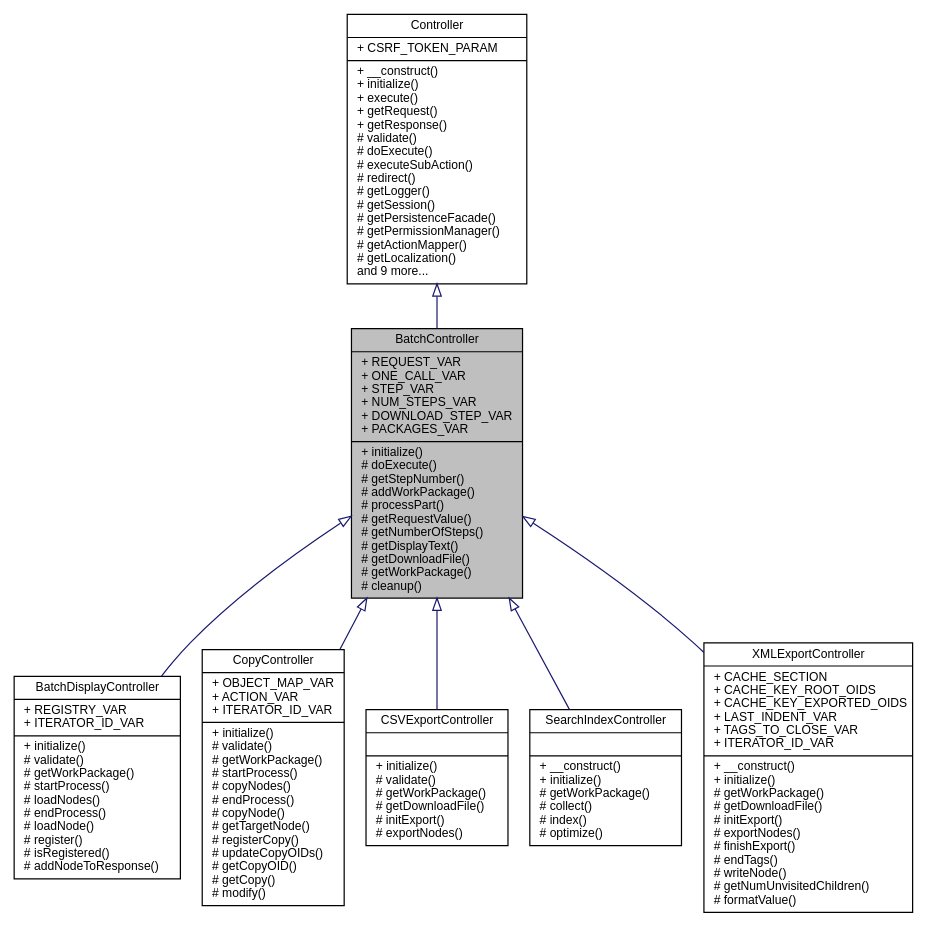
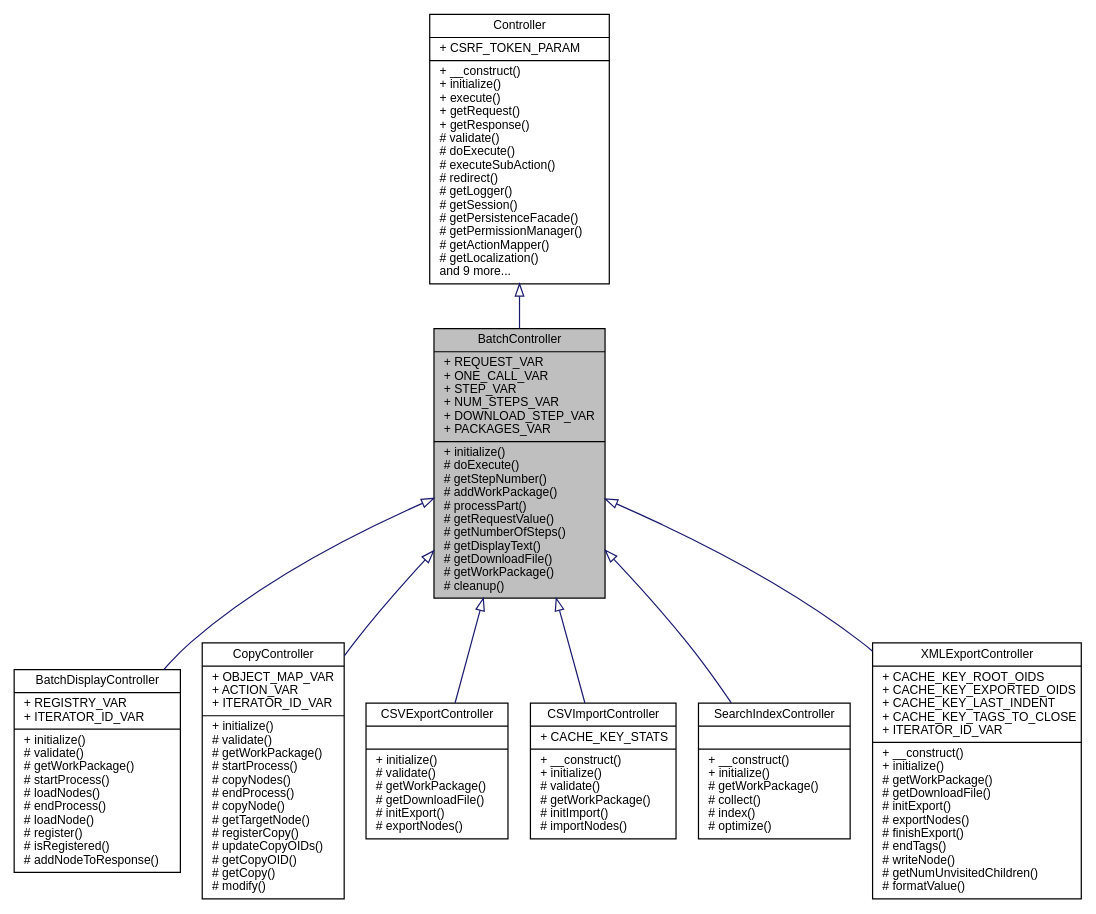
Before and after one commit to eherwig/wcmf: the diagram in classwcmf_1_1application_1_1controller_1_1_batch_controller__inherit__graph.dot, drawn with Graphviz. The commit also changed 1132 other files, not shown here.

```diff
--- a/classwcmf_1_1application_1_1controller_1_1_batch_controller__inherit__graph.dot
+++ b/classwcmf_1_1application_1_1controller_1_1_batch_controller__inherit__graph.dot
@@ -1,18 +1,20 @@
 digraph "BatchController"
 {
   edge [fontname="Helvetica",fontsize="10",labelfontname="Helvetica",labelfontsize="10"];
   node [fontname="Helvetica",fontsize="10",shape=record];
   Node0 [label="{BatchController\n|+ REQUEST_VAR\l+ ONE_CALL_VAR\l+ STEP_VAR\l+ NUM_STEPS_VAR\l+ DOWNLOAD_STEP_VAR\l+ PACKAGES_VAR\l|+ initialize()\l# doExecute()\l# getStepNumber()\l# addWorkPackage()\l# processPart()\l# getRequestValue()\l# getNumberOfSteps()\l# getDisplayText()\l# getDownloadFile()\l# getWorkPackage()\l# cleanup()\l}",height=0.2,width=0.4,color="black", fillcolor="grey75", style="filled", fontcolor="black"];
   Node1 -> Node0 [dir="back",color="midnightblue",fontsize="10",style="solid",arrowtail="onormal",fontname="Helvetica"];
   Node1 [label="{Controller\n|+ CSRF_TOKEN_PARAM\l|+ __construct()\l+ initialize()\l+ execute()\l+ getRequest()\l+ getResponse()\l# validate()\l# doExecute()\l# executeSubAction()\l# redirect()\l# getLogger()\l# getSession()\l# getPersistenceFacade()\l# getPermissionManager()\l# getActionMapper()\l# getLocalization()\land 9 more...\l}",height=0.2,width=0.4,color="black", fillcolor="white", style="filled",URL="$classwcmf_1_1lib_1_1presentation_1_1_controller.html",tooltip="Controller is the base class of all controllers. "];
   Node0 -> Node2 [dir="back",color="midnightblue",fontsize="10",style="solid",arrowtail="onormal",fontname="Helvetica"];
   Node2 [label="{BatchDisplayController\n|+ REGISTRY_VAR\l+ ITERATOR_ID_VAR\l|+ initialize()\l# validate()\l# getWorkPackage()\l# startProcess()\l# loadNodes()\l# endProcess()\l# loadNode()\l# register()\l# isRegistered()\l# addNodeToResponse()\l}",height=0.2,width=0.4,color="black", fillcolor="white", style="filled",URL="$classwcmf_1_1application_1_1controller_1_1_batch_display_controller.html",tooltip="BatchDisplayController is used to load a tree of Node instances recursivly and return them in lists o..."];
   Node0 -> Node3 [dir="back",color="midnightblue",fontsize="10",style="solid",arrowtail="onormal",fontname="Helvetica"];
   Node3 [label="{CopyController\n|+ OBJECT_MAP_VAR\l+ ACTION_VAR\l+ ITERATOR_ID_VAR\l|+ initialize()\l# validate()\l# getWorkPackage()\l# startProcess()\l# copyNodes()\l# endProcess()\l# copyNode()\l# getTargetNode()\l# registerCopy()\l# updateCopyOIDs()\l# getCopyOID()\l# getCopy()\l# modify()\l}",height=0.2,width=0.4,color="black", fillcolor="white", style="filled",URL="$classwcmf_1_1application_1_1controller_1_1_copy_controller.html",tooltip="CopyController is used to copy or move Node instances. "];
   Node0 -> Node4 [dir="back",color="midnightblue",fontsize="10",style="solid",arrowtail="onormal",fontname="Helvetica"];
   Node4 [label="{CSVExportController\n||+ initialize()\l# validate()\l# getWorkPackage()\l# getDownloadFile()\l# initExport()\l# exportNodes()\l}",height=0.2,width=0.4,color="black", fillcolor="white", style="filled",URL="$classwcmf_1_1application_1_1controller_1_1_c_s_v_export_controller.html",tooltip="CSVExportController exports instances of one type into a CSV file. "];
   Node0 -> Node5 [dir="back",color="midnightblue",fontsize="10",style="solid",arrowtail="onormal",fontname="Helvetica"];
-  Node5 [label="{SearchIndexController\n||+ __construct()\l+ initialize()\l# getWorkPackage()\l# collect()\l# index()\l# optimize()\l}",height=0.2,width=0.4,color="black", fillcolor="white", style="filled",URL="$classwcmf_1_1application_1_1controller_1_1_search_index_controller.html",tooltip="SearchIndexController creates a Lucene index from the complete datastore. "];
+  Node5 [label="{CSVImportController\n|+ CACHE_KEY_STATS\l|+ __construct()\l+ initialize()\l# validate()\l# getWorkPackage()\l# initImport()\l# importNodes()\l}",height=0.2,width=0.4,color="black", fillcolor="white", style="filled",URL="$classwcmf_1_1application_1_1controller_1_1_c_s_v_import_controller.html",tooltip="CSVImportController imports instances of one type into the storage. "];
   Node0 -> Node6 [dir="back",color="midnightblue",fontsize="10",style="solid",arrowtail="onormal",fontname="Helvetica"];
-  Node6 [label="{XMLExportController\n|+ CACHE_SECTION\l+ CACHE_KEY_ROOT_OIDS\l+ CACHE_KEY_EXPORTED_OIDS\l+ LAST_INDENT_VAR\l+ TAGS_TO_CLOSE_VAR\l+ ITERATOR_ID_VAR\l|+ __construct()\l+ initialize()\l# getWorkPackage()\l# getDownloadFile()\l# initExport()\l# exportNodes()\l# finishExport()\l# endTags()\l# writeNode()\l# getNumUnvisitedChildren()\l# formatValue()\l}",height=0.2,width=0.4,color="black", fillcolor="white", style="filled",URL="$classwcmf_1_1application_1_1controller_1_1_x_m_l_export_controller.html",tooltip="XMLExportController exports the content tree into an XML file. "];
+  Node6 [label="{SearchIndexController\n||+ __construct()\l+ initialize()\l# getWorkPackage()\l# collect()\l# index()\l# optimize()\l}",height=0.2,width=0.4,color="black", fillcolor="white", style="filled",URL="$classwcmf_1_1application_1_1controller_1_1_search_index_controller.html",tooltip="SearchIndexController creates a Lucene index from the complete datastore. "];
+  Node0 -> Node7 [dir="back",color="midnightblue",fontsize="10",style="solid",arrowtail="onormal",fontname="Helvetica"];
+  Node7 [label="{XMLExportController\n|+ CACHE_KEY_ROOT_OIDS\l+ CACHE_KEY_EXPORTED_OIDS\l+ CACHE_KEY_LAST_INDENT\l+ CACHE_KEY_TAGS_TO_CLOSE\l+ ITERATOR_ID_VAR\l|+ __construct()\l+ initialize()\l# getWorkPackage()\l# getDownloadFile()\l# initExport()\l# exportNodes()\l# finishExport()\l# endTags()\l# writeNode()\l# getNumUnvisitedChildren()\l# formatValue()\l}",height=0.2,width=0.4,color="black", fillcolor="white", style="filled",URL="$classwcmf_1_1application_1_1controller_1_1_x_m_l_export_controller.html",tooltip="XMLExportController exports the content tree into an XML file. "];
 }
```
